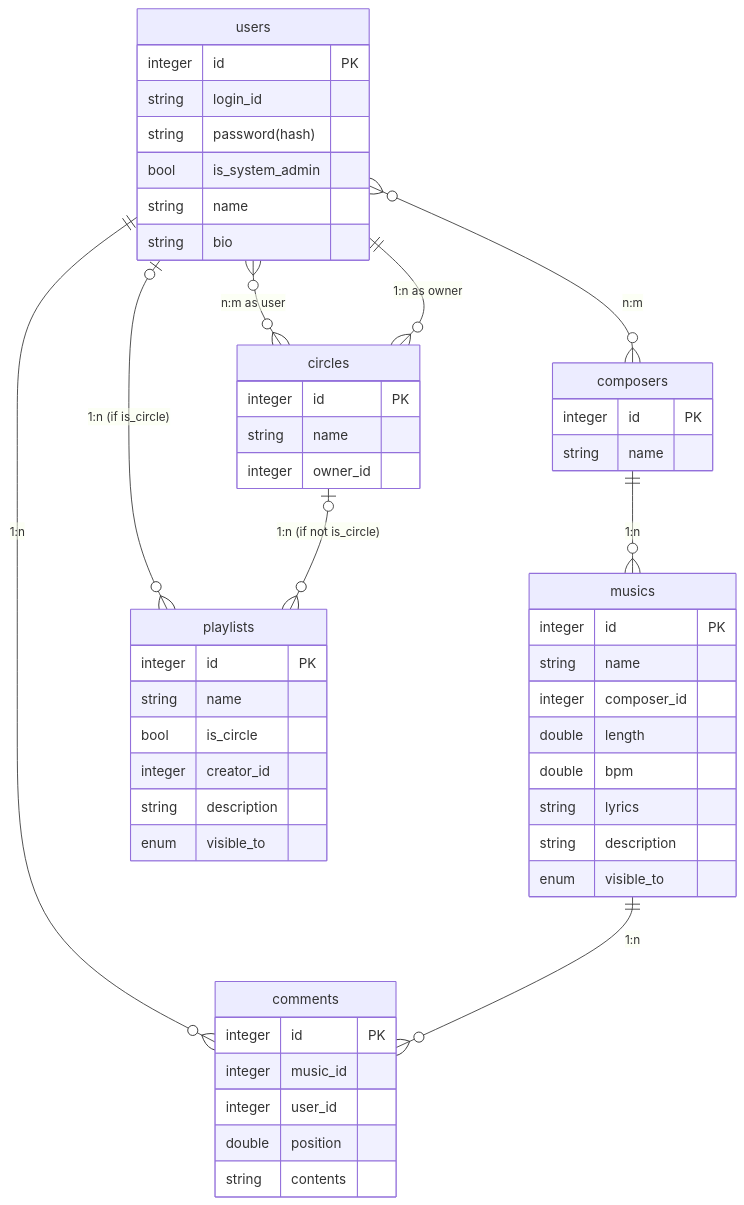
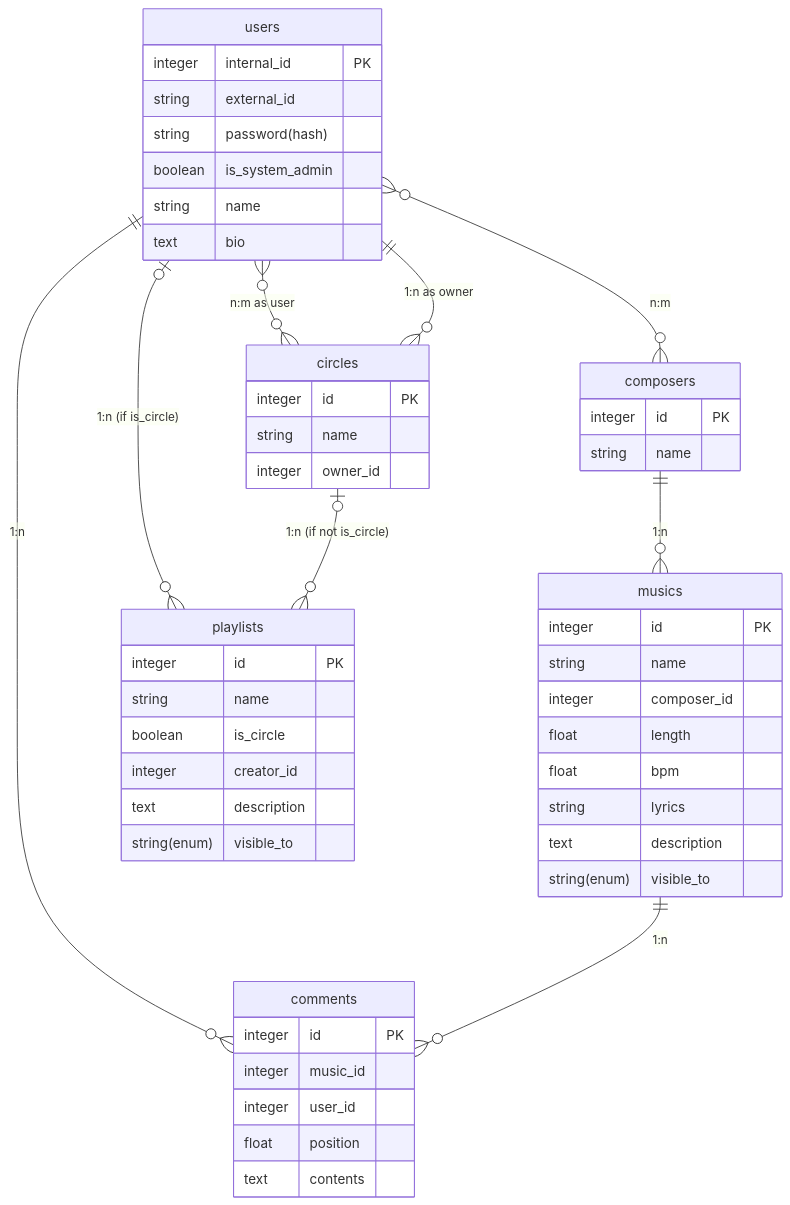
One commit to Bmbo-sprg/OtoCircle changed the first of 2 diagrams in README.md. Above: the diagram before and after it, drawn with Mermaid. The commit also changed other lines of this file and 5 other files, not shown here.

````diff
--- a/README.md
+++ b/README.md
@@ -104,60 +104,60 @@
 ```mermaid
 erDiagram
 
 users }o--o{ composers: "n:m"
 users }o--o{ circles: "n:m as user"
 users ||--o{ circles: "1:n as owner"
 composers ||--o{ musics: "1:n"
 users |o--o{ playlists: "1:n (if is_circle)"
 circles |o--o{ playlists: "1:n (if not is_circle)"
 users ||--o{ comments: "1:n"
 musics ||--o{ comments: "1:n"
 
 users {
-    integer id PK
-    string login_id
+    integer internal_id PK
+    string external_id
     string password(hash)
-    bool is_system_admin
+    boolean is_system_admin
     string name
-    string bio
+    text bio
 }
 
 composers {
     integer id PK
     string name
 }
 
 circles {
     integer id PK
     string name
     integer owner_id
 }
 
 musics {
     integer id PK
     string name
     integer composer_id
-    double length
-    double bpm
+    float length
+    float bpm
     string lyrics
-    string description
-    enum visible_to
+    text description
+    string(enum) visible_to
 }
 
 playlists {
     integer id PK
     string name
-    bool is_circle
+    boolean is_circle
     integer creator_id
-    string description
-    enum visible_to
+    text description
+    string(enum) visible_to
 }
 
 comments {
     integer id PK
     integer music_id
     integer user_id
-    double position
-    string contents
+    float position
+    text contents
 }
 ```
````
